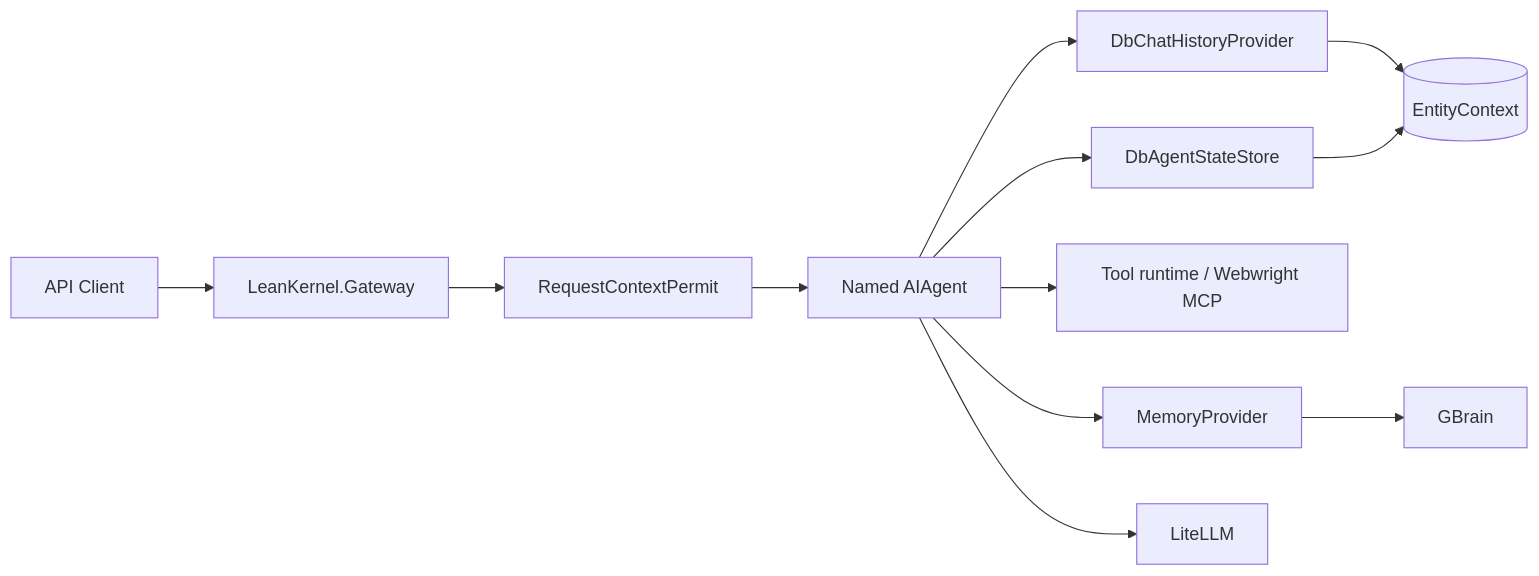
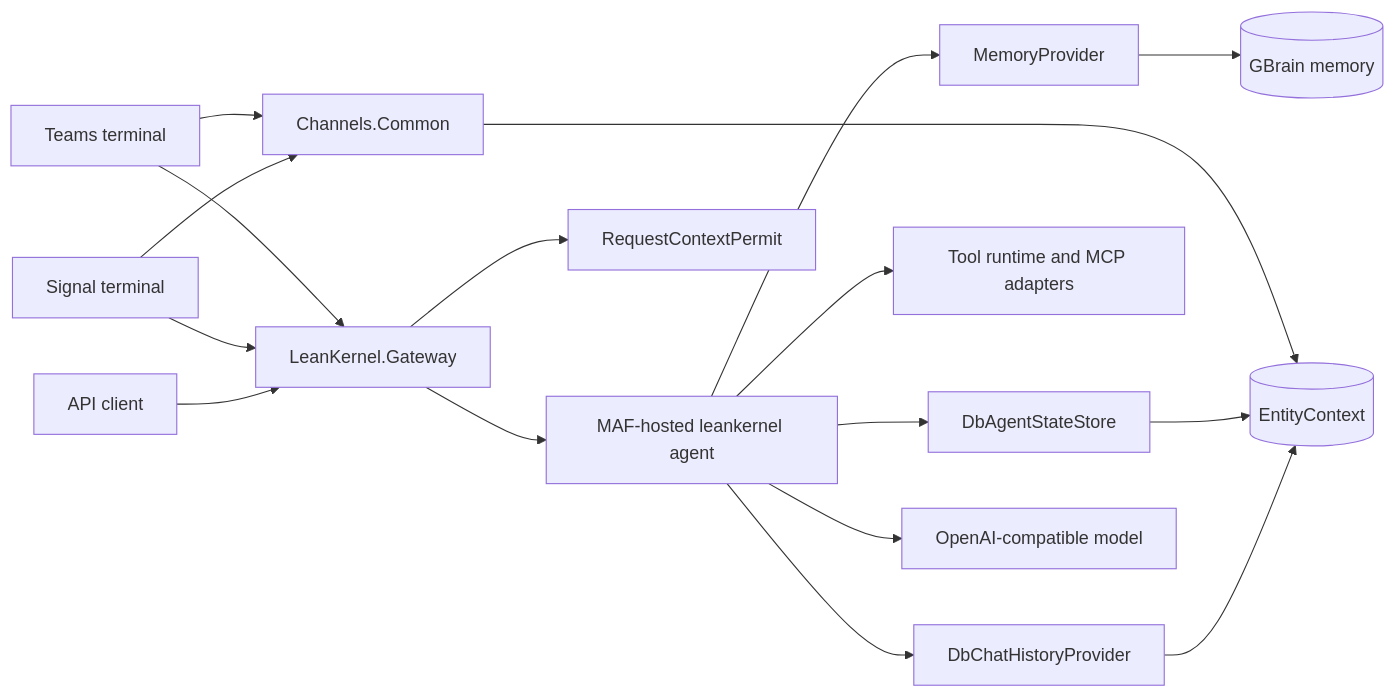
The diagram in docs/architecture/index.md (achingono/leankernel), drawn with Mermaid before and after one commit. The commit also changed other lines of this file and 13 other files, not shown here.

Commit message:
feat: enhance architecture documentation with detailed runtime and deployment topologies

````diff
--- a/docs/architecture/index.md
+++ b/docs/architecture/index.md
@@ -16,14 +16,19 @@
 ```mermaid
 flowchart LR
-    Client[API Client] --> Gateway[LeanKernel.Gateway]
+    Client[API client] --> Gateway[LeanKernel.Gateway]
+    Gateway --> Agent[MAF-hosted leankernel agent]
     Gateway --> Permit[RequestContextPermit]
-    Permit --> Agent[Named AIAgent]
     Agent --> History[DbChatHistoryProvider]
-    Agent --> Context[MemoryProvider]
-    Agent --> Tools[Tool runtime / Webwright MCP]
+    Agent --> Memory[MemoryProvider]
+    Agent --> Tools[Tool runtime and MCP adapters]
     Agent --> SessionStore[DbAgentStateStore]
     History --> Db[(EntityContext)]
     SessionStore --> Db
-    Context --> GBrain[GBrain]
-    Agent --> LiteLLM[LiteLLM]
+    Memory --> GBrain[(GBrain memory)]
+    Agent --> Model[OpenAI-compatible model]
+    Signal[Signal terminal] --> Shared[Channels.Common]
+    Teams[Teams terminal] --> Shared
+    Signal --> Gateway
+    Teams --> Gateway
+    Shared --> Db
 ```
````
